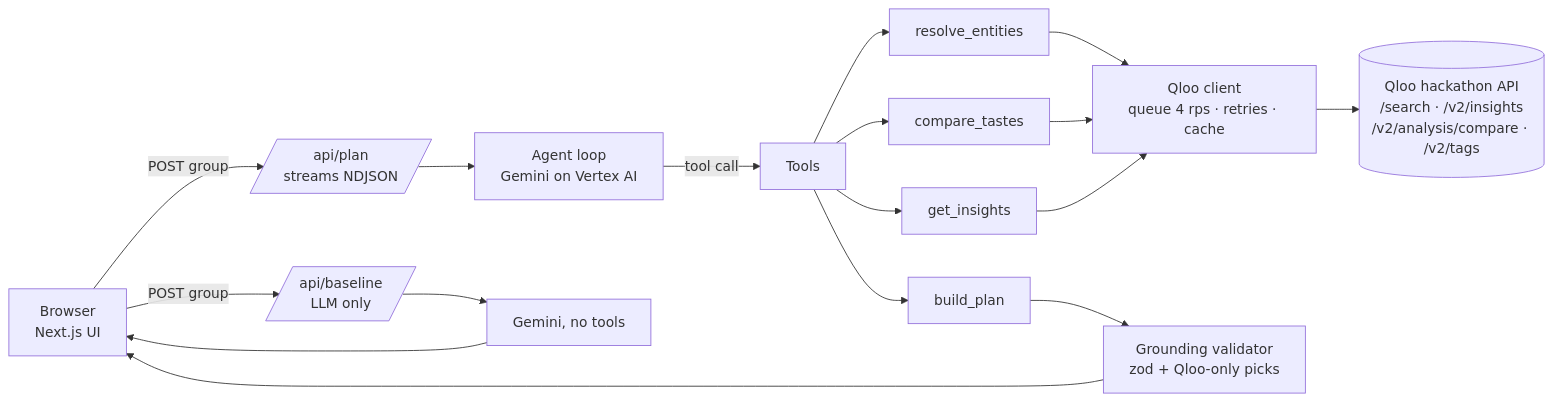
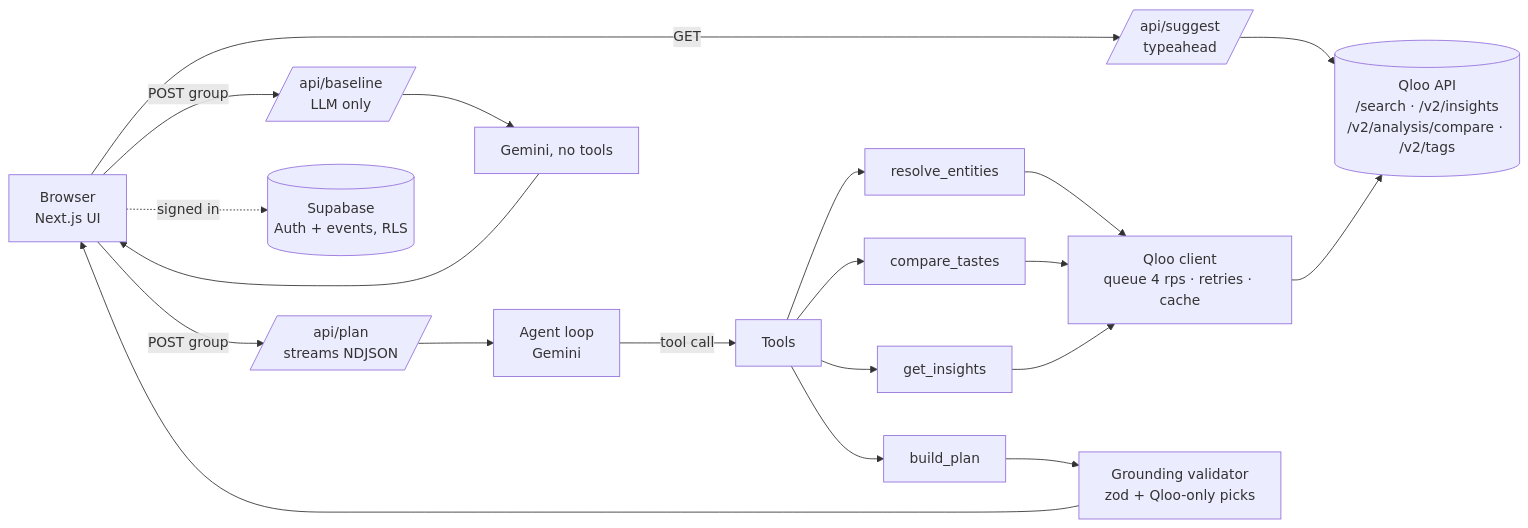
One commit to codergirl73/gatherly changed the diagram in README.md. Above: the diagram before and after it, drawn with Mermaid. The commit also changed other lines of this file and 5 other files, not shown here.

Commit message:
README: polished layout with screenshots, phone view, diagrams and run instructions

````diff
--- a/README.md
+++ b/README.md
@@ -61,17 +107,20 @@
 ```mermaid
 flowchart LR
-  U[Browser<br/>Next.js UI] -- POST group --> P[/api/plan<br/>streams NDJSON/]
+  U[Browser<br/>Next.js UI] -- GET --> S[/api/suggest<br/>typeahead/]
+  U -- POST group --> P[/api/plan<br/>streams NDJSON/]
   U -- POST group --> B[/api/baseline<br/>LLM only/]
-  P --> A[Agent loop<br/>Gemini on Vertex AI]
+  S --> QA
+  P --> A[Agent loop<br/>Gemini]
   A -- tool call --> T[Tools]
   T --> R[resolve_entities]
   T --> C[compare_tastes]
   T --> I[get_insights]
   T --> BP[build_plan]
   R & C & I --> Q[Qloo client<br/>queue 4 rps · retries · cache]
-  Q --> QA[(Qloo hackathon API<br/>/search · /v2/insights<br/>/v2/analysis/compare · /v2/tags)]
+  Q --> QA[(Qloo API<br/>/search · /v2/insights<br/>/v2/analysis/compare · /v2/tags)]
   BP --> G[Grounding validator<br/>zod + Qloo-only picks]
   G --> U
   B --> L[Gemini, no tools]
   L --> U
+  U -. signed in .-> SB[(Supabase<br/>Auth + events, RLS)]
 ```
````
